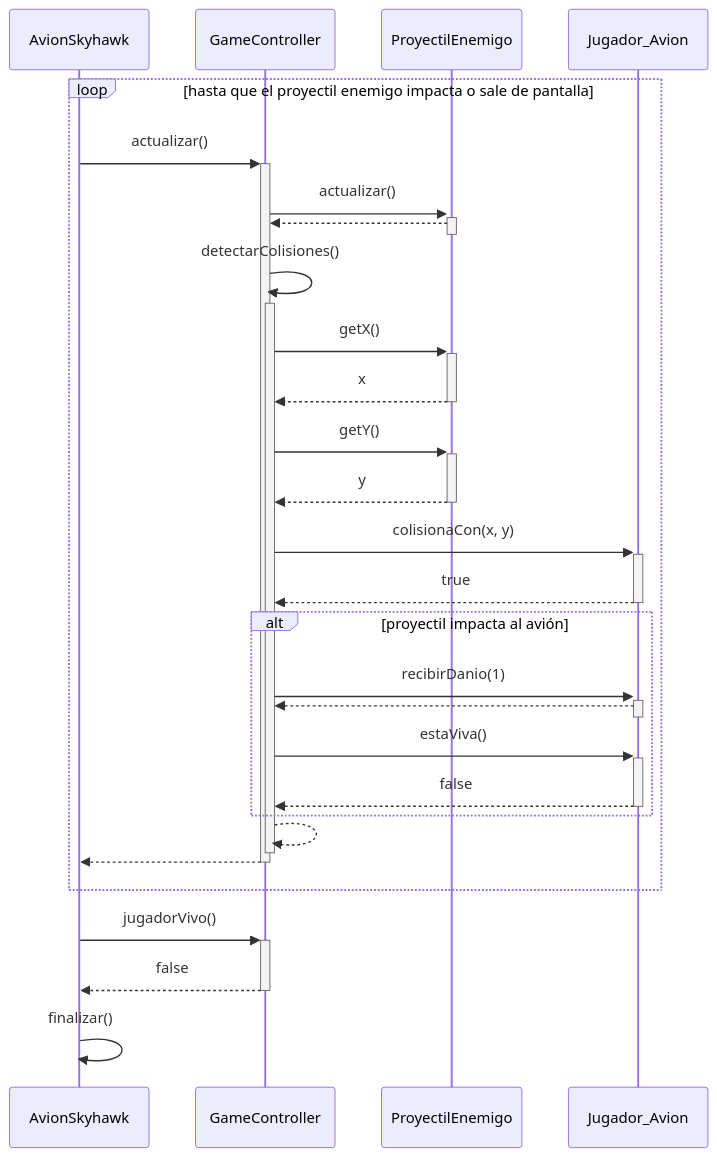
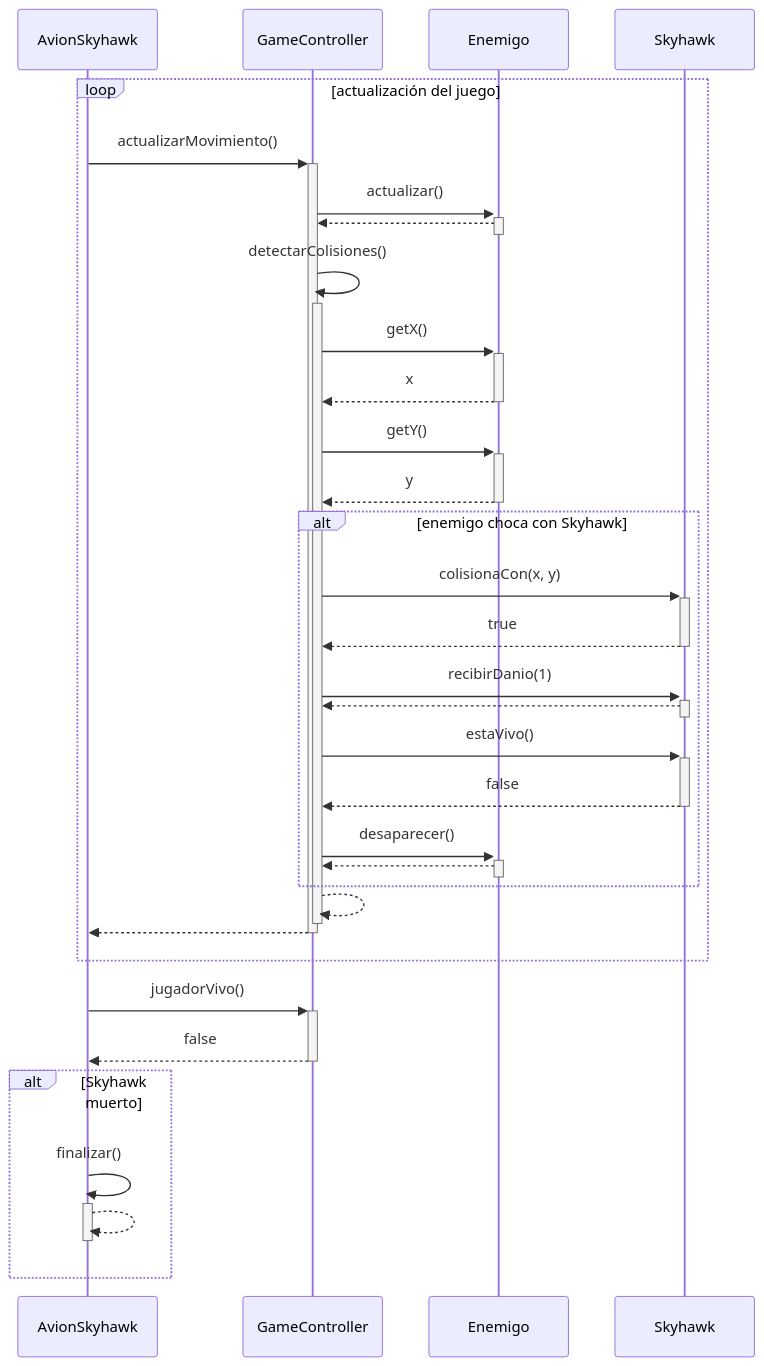
The fourth of 6 diagrams in Diagramas/diagram_Secuencias_Actualizados.md (chiaraarego/Grupo-2---Skyhawk), drawn with Mermaid before and after one commit. The commit also changed other lines of this file, not shown here.

Commit message:
Actualizar diagramas de secuencia (pausar/reanudar y estadisticas)

````diff
--- a/Diagramas/diagram_Secuencias_Actualizados.md
+++ b/Diagramas/diagram_Secuencias_Actualizados.md
@@ -145,41 +134,47 @@
 ```mermaid
 sequenceDiagram
     participant AvionSkyhawk
     participant GameController
-    participant ProyectilEnemigo
-    participant Jugador_Avion
+    participant Enemigo
+    participant Skyhawk
 
-    loop hasta que el proyectil enemigo impacta o sale de pantalla
-        AvionSkyhawk ->> +GameController : actualizar()
+    loop actualización del juego
+        AvionSkyhawk ->> +GameController : actualizarMovimiento()
 
-        GameController ->> +ProyectilEnemigo : actualizar()
-        ProyectilEnemigo -->> -GameController : 
+        GameController ->> +Enemigo : actualizar()
+        Enemigo -->> -GameController : 
 
         GameController ->> +GameController : detectarColisiones()
 
-        GameController ->> +ProyectilEnemigo : getX()
-        ProyectilEnemigo -->> -GameController : x
+        GameController ->> +Enemigo : getX()
+        Enemigo -->> -GameController : x
 
-        GameController ->> +ProyectilEnemigo : getY()
-        ProyectilEnemigo -->> -GameController : y
+        GameController ->> +Enemigo : getY()
+        Enemigo -->> -GameController : y
 
-        GameController ->> +Jugador_Avion : colisionaCon(x, y)
-        Jugador_Avion -->> -GameController : true
+        alt enemigo choca con Skyhawk
+        GameController ->> +Skyhawk : colisionaCon(x, y)
+        Skyhawk -->> -GameController : true
 
-        alt proyectil impacta al avión
-            GameController ->> +Jugador_Avion : recibirDanio(1)
-            Jugador_Avion -->> -GameController : 
+            GameController ->> +Skyhawk : recibirDanio(1)
+            Skyhawk -->> -GameController : 
 
-            GameController ->> +Jugador_Avion : estaViva()
-            Jugador_Avion -->> -GameController : false
+            GameController ->> +Skyhawk : estaVivo()
+            Skyhawk -->> -GameController : false
+
+            GameController ->> +Enemigo : desaparecer()
+            Enemigo -->> -GameController : 
         end
 
         GameController -->> -GameController : 
         GameController -->> -AvionSkyhawk : 
     end
 
     AvionSkyhawk ->> +GameController : jugadorVivo()
     GameController -->> -AvionSkyhawk : false
 
-    AvionSkyhawk ->> +AvionSkyhawk : finalizar()
+    alt Skyhawk muerto
+        AvionSkyhawk ->> +AvionSkyhawk : finalizar()
+        AvionSkyhawk -->> -AvionSkyhawk : 
+    end
 ```
````
